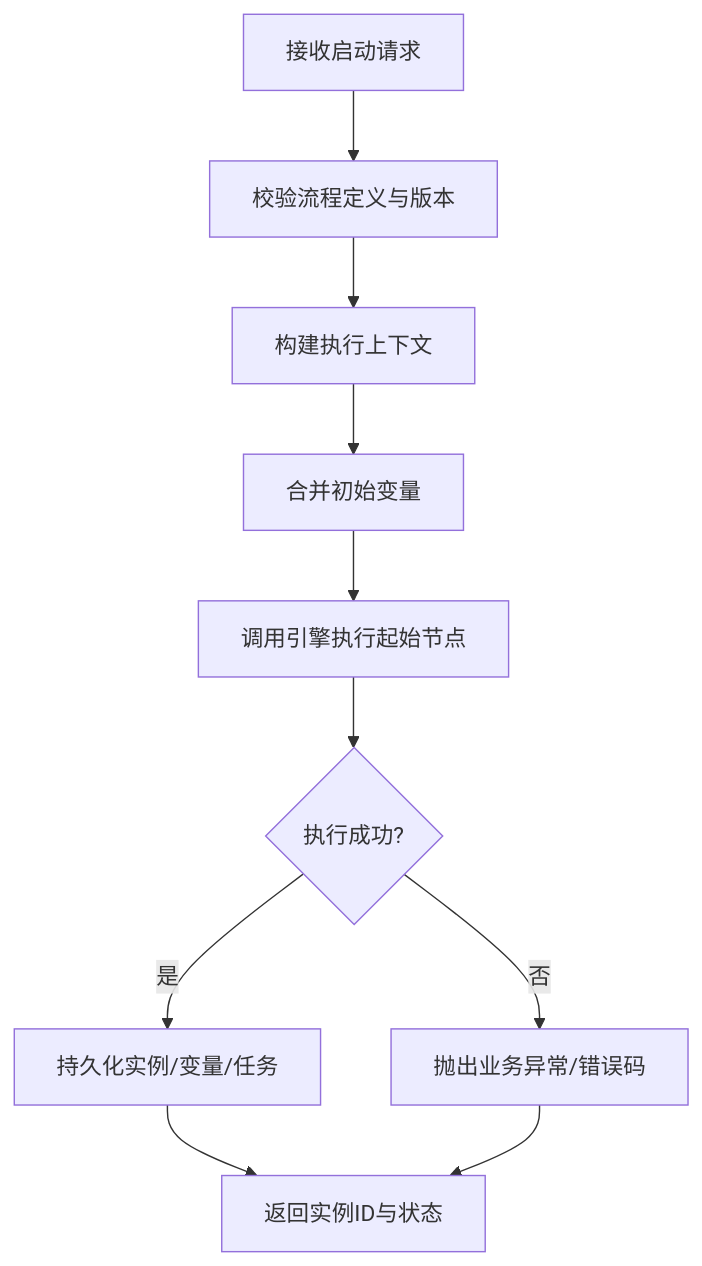
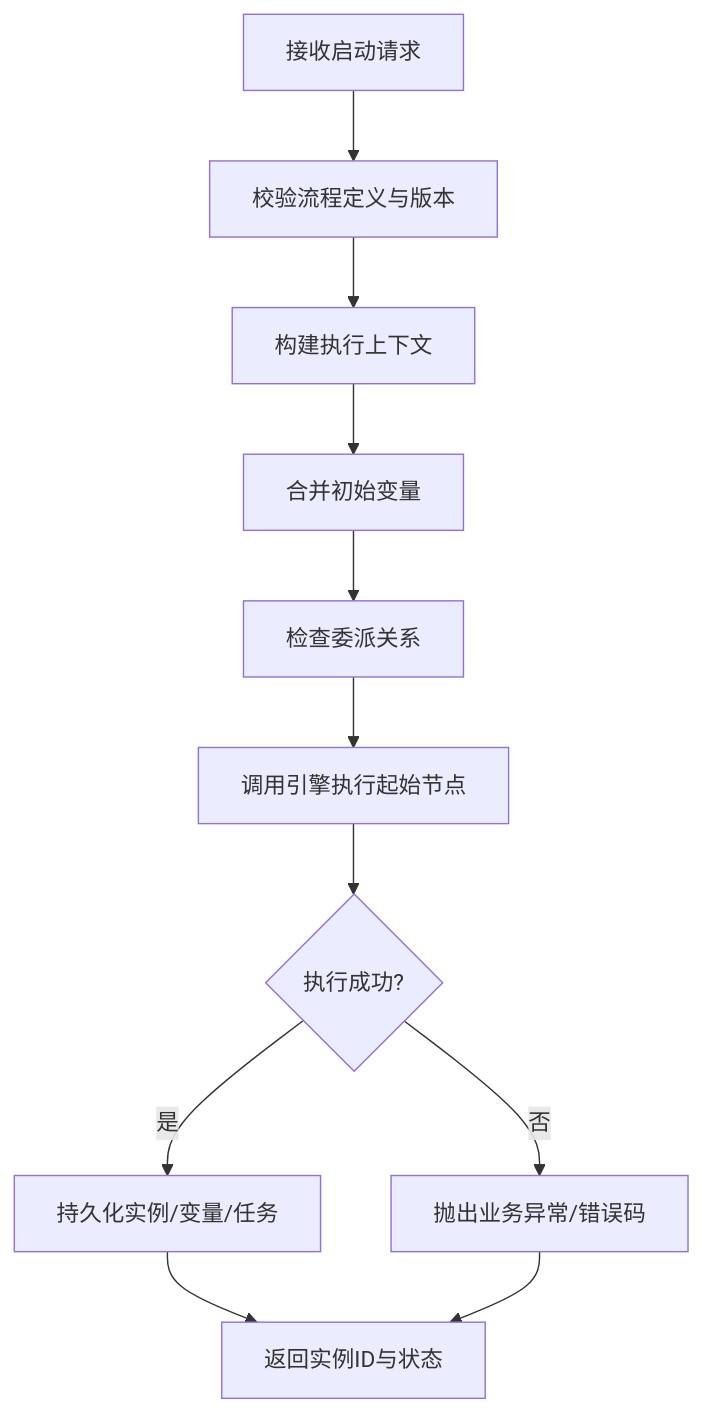
The fifth of 10 diagrams in .qoder/repowiki/zh/content/流程执行引擎/流程实例管理.md (liming-lihaini/workflow), drawn with Mermaid before and after one commit. The commit also changed other lines of this file and 27 other files, not shown here.

````diff
--- a/.qoder/repowiki/zh/content/流程执行引擎/流程实例管理.md
+++ b/.qoder/repowiki/zh/content/流程执行引擎/流程实例管理.md
@@ -227,12 +244,13 @@
 ```mermaid
 flowchart TD
 A["接收启动请求"] --> B["校验流程定义与版本"]
 B --> C["构建执行上下文"]
 C --> D["合并初始变量"]
-D --> E["调用引擎执行起始节点"]
-E --> F{"执行成功?"}
-F --> |是| G["持久化实例/变量/任务"]
-F --> |否| H["抛出业务异常/错误码"]
-G --> I["返回实例ID与状态"]
-H --> I
+D --> E["检查委派关系"]
+E --> F["调用引擎执行起始节点"]
+F --> G{"执行成功?"}
+G --> |是| H["持久化实例/变量/任务"]
+G --> |否| I["抛出业务异常/错误码"]
+H --> J["返回实例ID与状态"]
+I --> J
 ```
````
